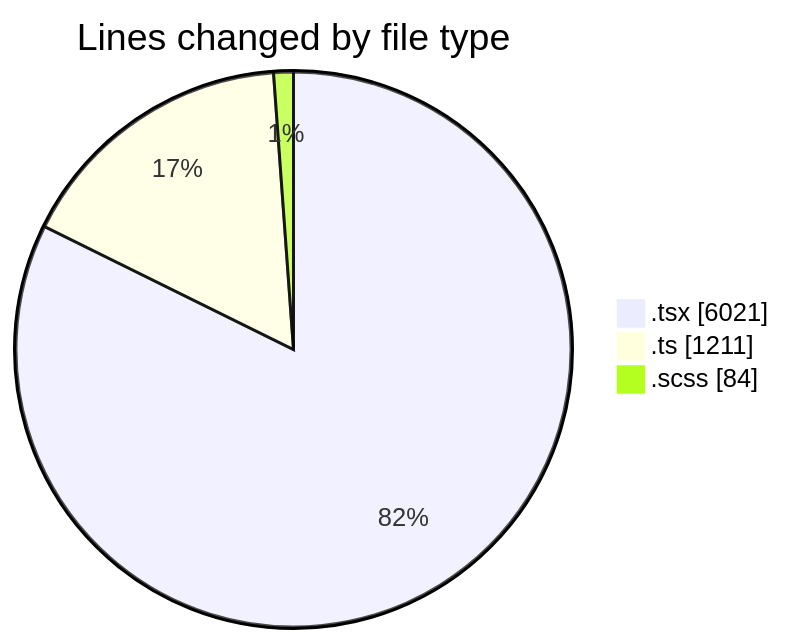
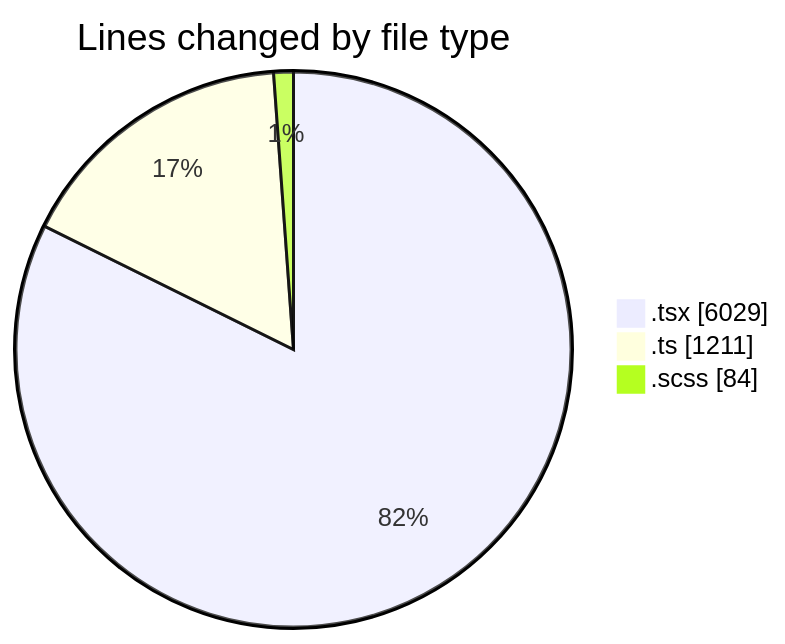
One commit to momahboobian/code-tracking changed the first of 2 diagrams in 2025-07-02/cda/README.md. Above: the diagram before and after it, drawn with Mermaid. The commit also changed other lines of this file and 1 other file, not shown here.

````diff
--- a/2025-07-02/cda/README.md
+++ b/2025-07-02/cda/README.md
@@ -37,7 +37,7 @@
 ```mermaid
 pie showData
 title Lines changed by file type
-".tsx" : 6021
+".tsx" : 6029
 ".ts" : 1211
 ".scss" : 84
 ```
````
